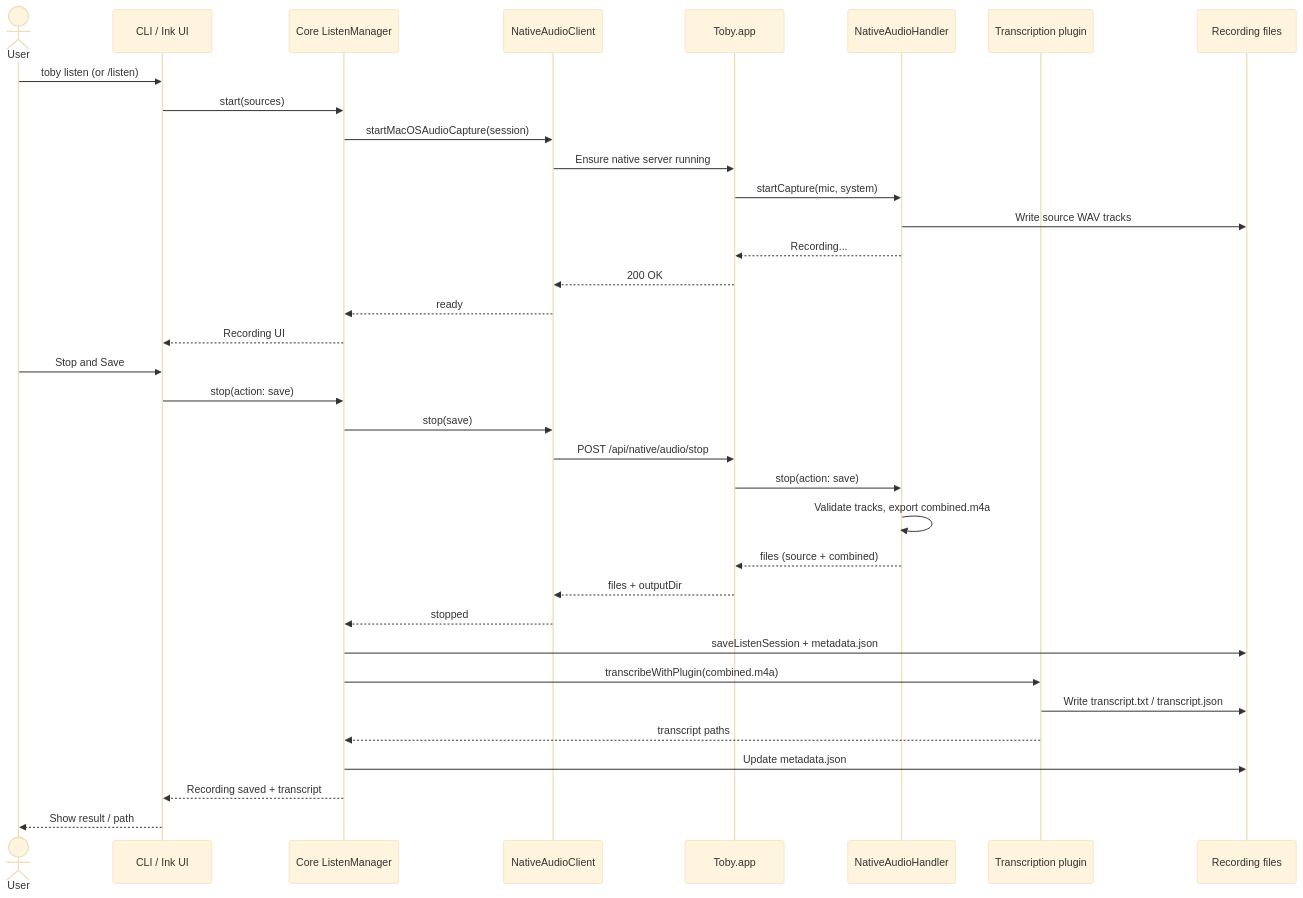
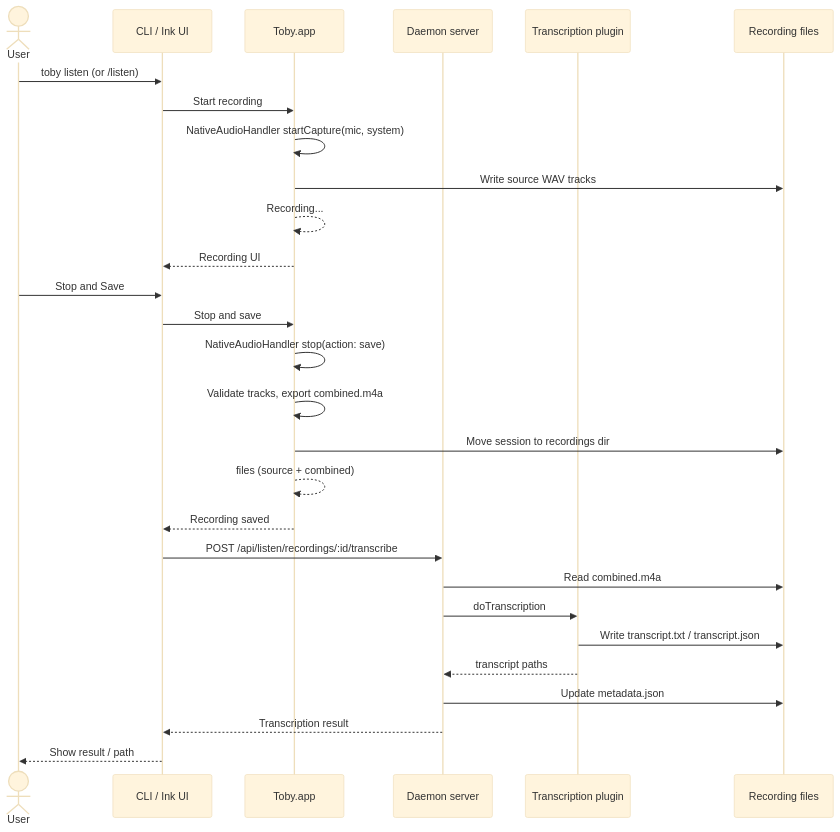
One commit to kshehadeh/toby changed the second of 2 diagrams in docs/listen.md. Above: the diagram before and after it, drawn with Mermaid (base theme). The commit also changed other lines of this file and 9 other files, not shown here.

First line of the commit message:
refactor(listen): route CLI transcription through daemon

````diff
--- a/docs/listen.md
+++ b/docs/listen.md
@@ -154,40 +152,33 @@
 ```mermaid
 sequenceDiagram
     actor User
     participant Ink as CLI / Ink UI
-    participant Manager as Core ListenManager
-    participant Client as NativeAudioClient
     participant App as Toby.app
-    participant Handler as NativeAudioHandler
+    participant Daemon as Daemon server
     participant Plugin as Transcription plugin
     participant Files as Recording files
 
     User->>Ink: toby listen (or /listen)
-    Ink->>Manager: start(sources)
-    Manager->>Client: startMacOSAudioCapture(session)
-    Client->>App: Ensure native server running
-    App->>Handler: startCapture(mic, system)
-    Handler->>Files: Write source WAV tracks
-    Handler-->>App: Recording...
-    App-->>Client: 200 OK
-    Client-->>Manager: ready
-    Manager-->>Ink: Recording UI
+    Ink->>App: Start recording
+    App->>App: NativeAudioHandler startCapture(mic, system)
+    App->>Files: Write source WAV tracks
+    App-->>App: Recording...
+    App-->>Ink: Recording UI
 
     User->>Ink: Stop and Save
-    Ink->>Manager: stop(action: save)
-    Manager->>Client: stop(save)
-    Client->>App: POST /api/native/audio/stop
-    App->>Handler: stop(action: save)
-    Handler->>Handler: Validate tracks, export combined.m4a
-    Handler-->>App: files (source + combined)
-    App-->>Client: files + outputDir
-    Client-->>Manager: stopped
-    Manager->>Files: saveListenSession + metadata.json
+    Ink->>App: Stop and save
+    App->>App: NativeAudioHandler stop(action: save)
+    App->>App: Validate tracks, export combined.m4a
+    App->>Files: Move session to recordings dir
+    App-->>App: files (source + combined)
+    App-->>Ink: Recording saved
 
-    Manager->>Plugin: transcribeWithPlugin(combined.m4a)
+    Ink->>Daemon: POST /api/listen/recordings/:id/transcribe
+    Daemon->>Files: Read combined.m4a
+    Daemon->>Plugin: doTranscription
     Plugin->>Files: Write transcript.txt / transcript.json
-    Plugin-->>Manager: transcript paths
-    Manager->>Files: Update metadata.json
-    Manager-->>Ink: Recording saved + transcript
+    Plugin-->>Daemon: transcript paths
+    Daemon->>Files: Update metadata.json
+    Daemon-->>Ink: Transcription result
     Ink-->>User: Show result / path
 ```
````
